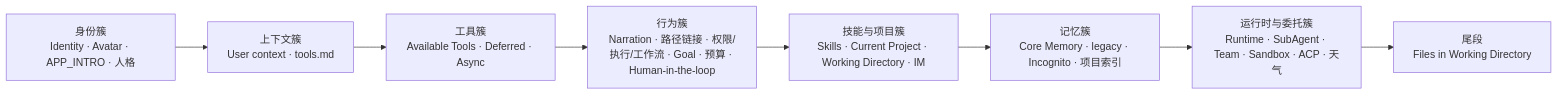
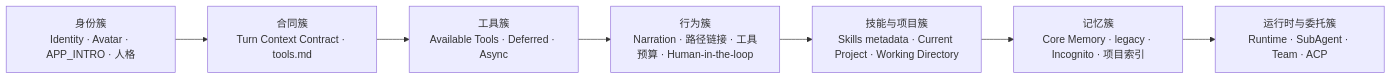
One commit to shiwenwen/hope-agent changed the second of 4 diagrams in docs/architecture/core/prompt-system.md. Above: the diagram before and after it, drawn with Mermaid. The commit also changed other lines of this file and 196 other files, not shown here.

````diff
--- a/docs/architecture/core/prompt-system.md
+++ b/docs/architecture/core/prompt-system.md
@@ -81,10 +147,9 @@
 ```mermaid
 flowchart LR
-    A["身份簇<br/>Identity · Avatar · APP_INTRO · 人格"] --> B["上下文簇<br/>User context · tools.md"]
+    A["身份簇<br/>Identity · Avatar · APP_INTRO · 人格"] --> B["合同簇<br/>Turn Context Contract · tools.md"]
     B --> C["工具簇<br/>Available Tools · Deferred · Async"]
-    C --> D["行为簇<br/>Narration · 路径链接 · 权限/执行/工作流 · Goal · 预算 · Human-in-the-loop"]
-    D --> E["技能与项目簇<br/>Skills · Current Project · Working Directory · IM"]
+    C --> D["行为簇<br/>Narration · 路径链接 · 工具预算 · Human-in-the-loop"]
+    D --> E["技能与项目簇<br/>Skills metadata · Current Project · Working Directory"]
     E --> F["记忆簇<br/>Core Memory · legacy · Incognito · 项目索引"]
-    F --> G["运行时与委托簇<br/>Runtime · SubAgent · Team · Sandbox · ACP · 天气"]
-    G --> H["尾段<br/>Files in Working Directory"]
+    F --> G["运行时与委托簇<br/>Runtime · SubAgent · Team · ACP"]
 ```
````
